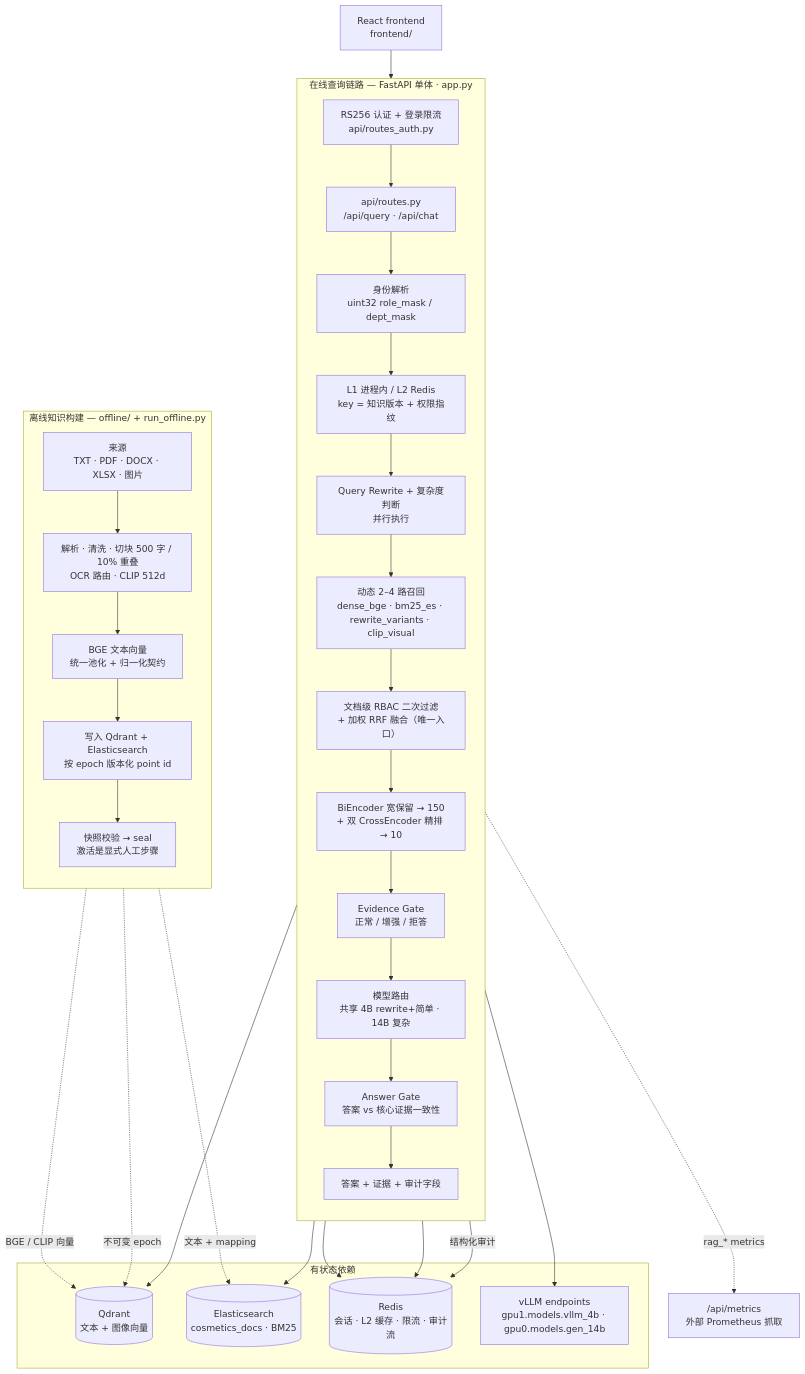
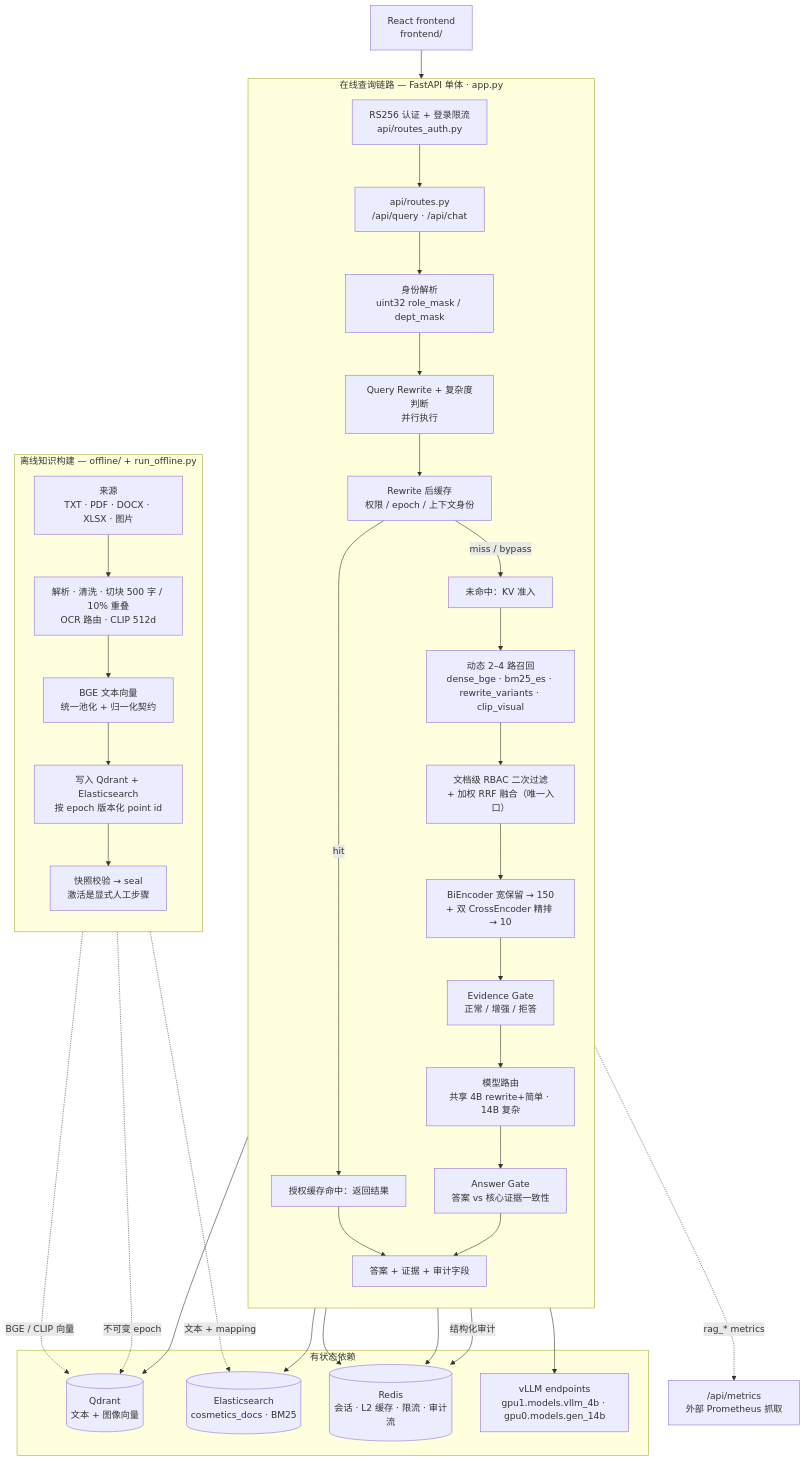
One commit to Xander-Xai/Beauty-Industry-RAG-QA-System changed the diagram in docs/architecture-baseline.md. Above: the diagram before and after it, drawn with Mermaid. The commit also changed other lines of this file and 5 other files, not shown here.

First line of the commit message:
docs(architecture): freeze business architecture and simplification gates (#153)

````diff
--- a/docs/architecture-baseline.md
+++ b/docs/architecture-baseline.md
@@ -33,51 +52,55 @@
 ```mermaid
 flowchart TB
   FE["React frontend<br/>frontend/"]
 
   subgraph ONLINE["在线查询链路 — FastAPI 单体 · app.py"]
     direction TB
     AUTH["RS256 认证 + 登录限流<br/>api/routes_auth.py"]
     API["api/routes.py<br/>/api/query · /api/chat"]
     ID["身份解析<br/>uint32 role_mask / dept_mask"]
-    CACHE["L1 进程内 / L2 Redis<br/>key = 知识版本 + 权限指纹"]
+    CACHE["Rewrite 后缓存<br/>权限 / epoch / 上下文身份"]
+    HIT["授权缓存命中：返回结果"]
+    ADMIT["未命中：KV 准入"]
     RW["Query Rewrite + 复杂度判断<br/>并行执行"]
     REC["动态 2–4 路召回<br/>dense_bge · bm25_es · rewrite_variants · clip_visual"]
     RBAC["文档级 RBAC 二次过滤<br/>+ 加权 RRF 融合（唯一入口）"]
     RERANK["BiEncoder 宽保留 → 150<br/>+ 双 CrossEncoder 精排 → 10"]
     EGATE["Evidence Gate<br/>正常 / 增强 / 拒答"]
     GEN["模型路由<br/>共享 4B rewrite+简单 · 14B 复杂"]
     AGATE["Answer Gate<br/>答案 vs 核心证据一致性"]
     OUT["答案 + 证据 + 审计字段"]
-    AUTH --> API --> ID --> CACHE --> RW --> REC --> RBAC --> RERANK --> EGATE --> GEN --> AGATE --> OUT
+    AUTH --> API --> ID --> RW --> CACHE
+    CACHE -->|hit| HIT --> OUT
+    CACHE -->|miss / bypass| ADMIT --> REC --> RBAC --> RERANK --> EGATE --> GEN --> AGATE --> OUT
   end
 
   subgraph OFFLINE["离线知识构建 — offline/ + run_offline.py"]
     direction TB
     SRC["来源<br/>TXT · PDF · DOCX · XLSX · 图片"]
     PROC["解析 · 清洗 · 切块 500 字 / 10% 重叠<br/>OCR 路由 · CLIP 512d"]
     EMB["BGE 文本向量<br/>统一池化 + 归一化契约"]
     WRITE["写入 Qdrant + Elasticsearch<br/>按 epoch 版本化 point id"]
     SEAL["快照校验 → seal<br/>激活是显式人工步骤"]
     SRC --> PROC --> EMB --> WRITE --> SEAL
   end
 
   subgraph STORES["有状态依赖"]
     QD[("Qdrant<br/>文本 + 图像向量")]
     ES[("Elasticsearch<br/>cosmetics_docs · BM25")]
     RD[("Redis<br/>会话 · L2 缓存 · 限流 · 审计流")]
     VLLM["vLLM endpoints<br/>gpu1.models.vllm_4b · gpu0.models.gen_14b"]
   end
 
   FE --> AUTH
   REC --> QD
   REC --> ES
   CACHE --> RD
   AUTH --> RD
   GEN --> VLLM
   OUT -->|"结构化审计"| RD
   OUT -.->|"rag_* metrics"| METRICS["/api/metrics<br/>外部 Prometheus 抓取"]
 
   PROC -.->|"BGE / CLIP 向量"| QD
   WRITE -.->|"文本 + mapping"| ES
   SEAL -.->|"不可变 epoch"| QD
 ```
````
